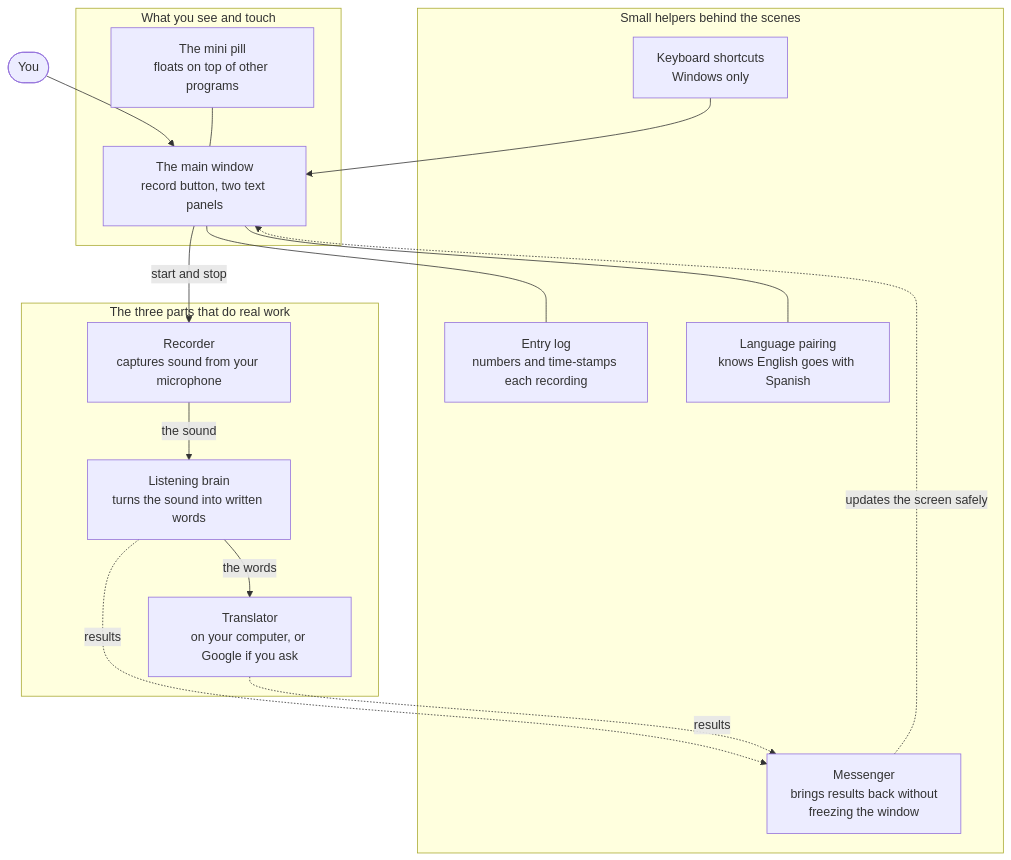
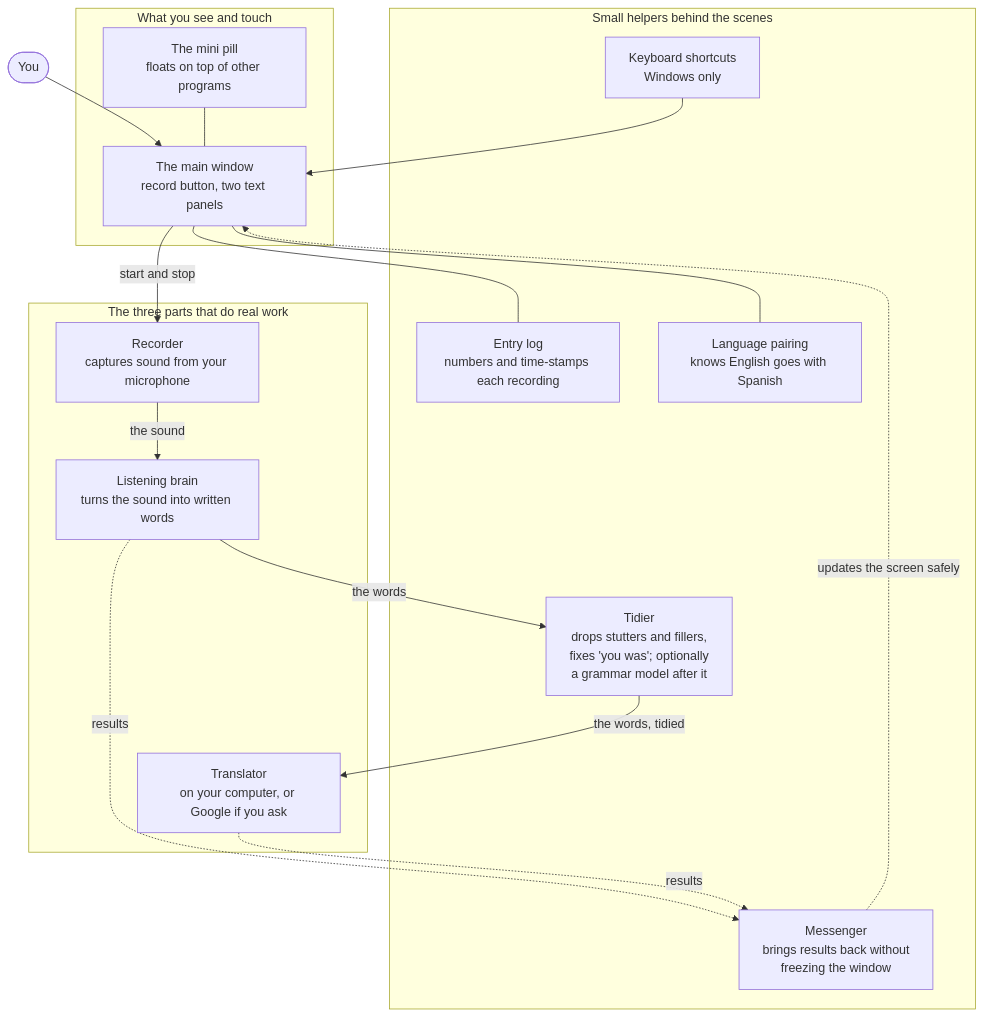
Before and after one commit to mondragon-developer/easy-bilingual-voice-to-text: the third of 3 diagrams in HOW_IT_WORKS.md, drawn with Mermaid. The commit also changed other lines of this file and 15 other files, not shown here.

First line of the commit message:
feat: Tidy speech - stutters, fillers and grammar, with a model on a leash

````diff
--- a/HOW_IT_WORKS.md
+++ b/HOW_IT_WORKS.md
@@ -234,35 +255,37 @@
 ```mermaid
 flowchart TB
     You([You]) --> Window
 
     subgraph See["What you see and touch"]
         Window["The main window<br/>record button, two text panels"]
         Pill["The mini pill<br/>floats on top of other programs"]
     end
 
     subgraph Work["The three parts that do real work"]
         Rec["Recorder<br/>captures sound from your microphone"]
         Brain["Listening brain<br/>turns the sound into written words"]
         Trans["Translator<br/>on your computer, or Google if you ask"]
     end
 
     subgraph Tools["Small helpers behind the scenes"]
+        Tidy["Tidier<br/>drops stutters and fillers,<br/>fixes 'you was'; optionally<br/>a grammar model after it"]
         Log["Entry log<br/>numbers and time-stamps each recording"]
         Pair["Language pairing<br/>knows English goes with Spanish"]
         Runner["Messenger<br/>brings results back without<br/>freezing the window"]
         Keys["Keyboard shortcuts<br/>Windows only"]
     end
 
     Window -->|start and stop| Rec
     Rec -->|the sound| Brain
-    Brain -->|the words| Trans
+    Brain -->|the words| Tidy
+    Tidy -->|the words, tidied| Trans
 
     Brain -.->|results| Runner
     Trans -.->|results| Runner
     Runner -.->|updates the screen safely| Window
 
     Window --- Log
     Window --- Pair
     Keys --> Window
     Pill --- Window
 ```
````
